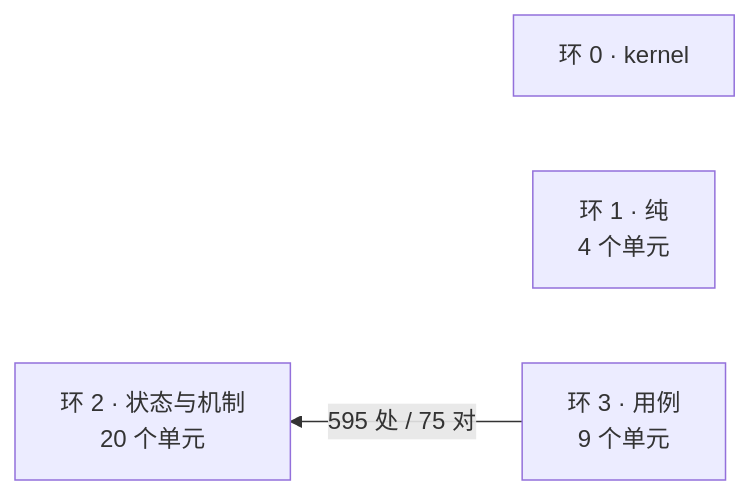
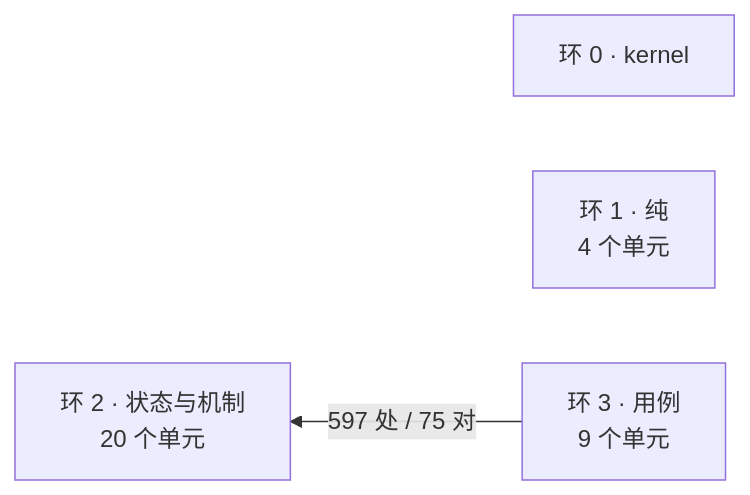
Before and after one commit to theRMM714/Solomni: the diagram in docs/architecture/dependency-map.md, drawn with Mermaid. The commit also changed other lines of this file and 61 other files, not shown here.

````diff
--- a/docs/architecture/dependency-map.md
+++ b/docs/architecture/dependency-map.md
@@ -14,8 +14,8 @@
 ```mermaid
 flowchart RL
   R0["环 0 · kernel"]
   R1["环 1 · 纯<br/>4 个单元"]
   R2["环 2 · 状态与机制<br/>20 个单元"]
   R3["环 3 · 用例<br/>9 个单元"]
-  R3 -->|"595 处 / 75 对"| R2
+  R3 -->|"597 处 / 75 对"| R2
 ```
````
